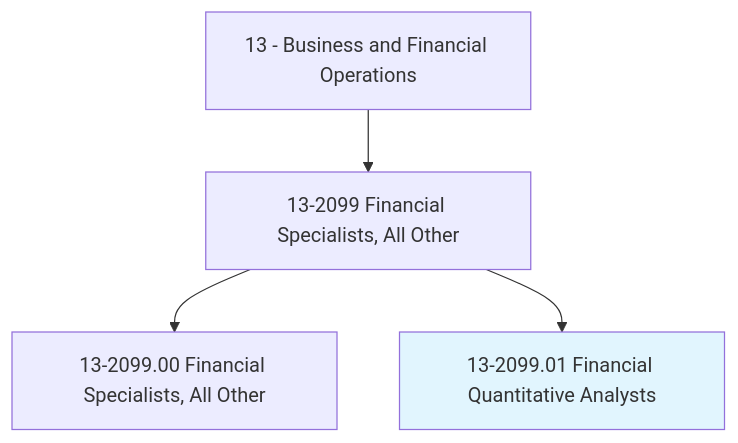
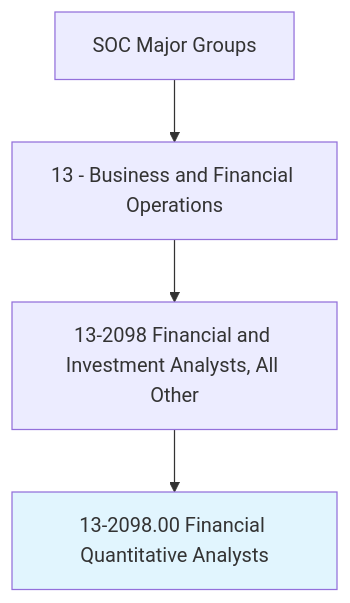
The first of 4 diagrams in occupations/Business/FinancialQuantitativeAnalysts.mdx (kziemski/business.org.ai), drawn with Mermaid before and after one commit. The commit also changed other lines of this file and 938 other files, not shown here.

````diff
--- a/occupations/Business/FinancialQuantitativeAnalysts.mdx
+++ b/occupations/Business/FinancialQuantitativeAnalysts.mdx
@@ -19,7 +25,7 @@
 ```mermaid
 graph TD
-    Cat13["13 - Business and Financial Operations"] --> Group132099["13-2099 Financial Specialists, All Other"]
-    Group132099 --> Base["13-2099.00 Financial Specialists, All Other"]
-    Group132099 --> Current["13-2099.01 Financial Quantitative Analysts"]
+    SOC["SOC Major Groups"] --> Cat13["13 - Business and Financial Operations"]
+    Cat13 --> G132098["13-2098 Financial and Investment Analysts, All Other"]
+    G132098 --> Current["13-2098.00 Financial Quantitative Analysts"]
     style Current fill:#e1f5fe
 ```
````
